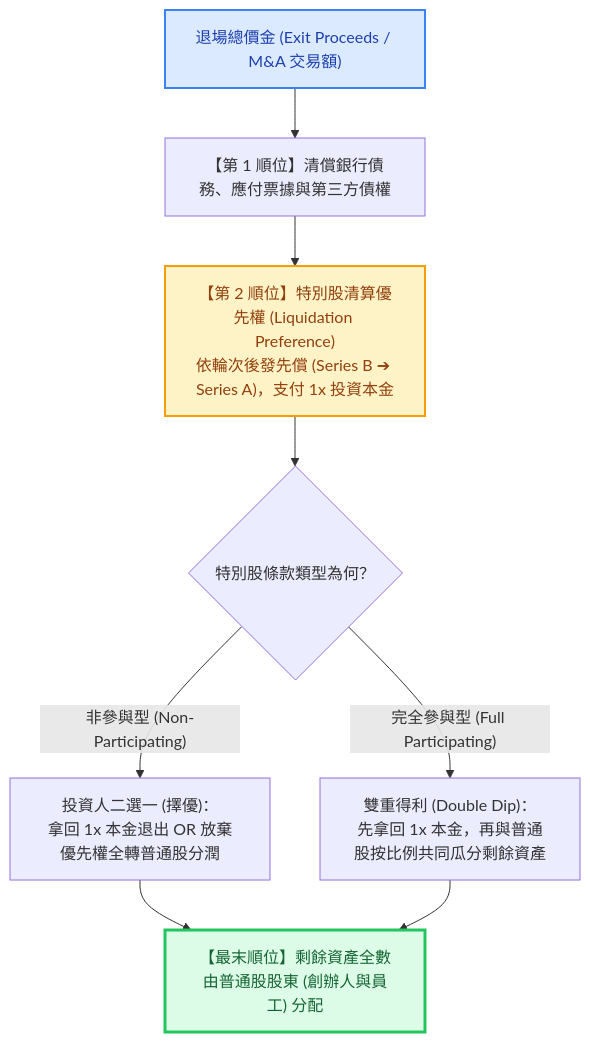
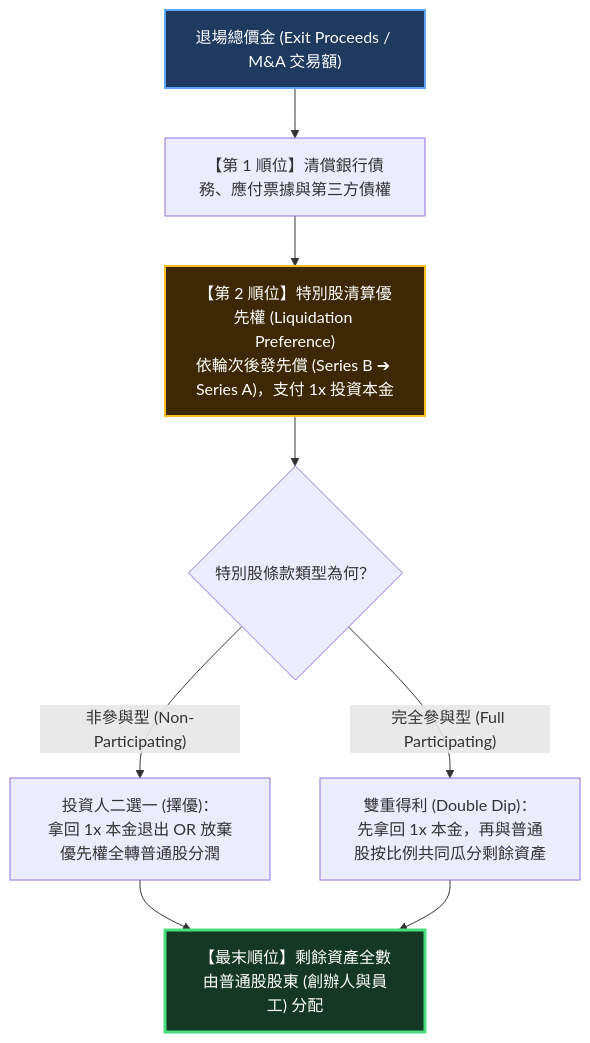
Before and after one commit to Jimlin0428/my-digital-garden: the second of 2 diagrams in src/site/notes/98_商業概念庫/cap-table_股權結構表 Cap Table.md, drawn with Mermaid. The commit also changed other lines of this file and 58 other files, not shown here.

````diff
--- a/src/site/notes/98_商業概念庫/cap-table_股權結構表 Cap Table.md
+++ b/src/site/notes/98_商業概念庫/cap-table_股權結構表 Cap Table.md
@@ -105,17 +105,17 @@
 ```mermaid
 flowchart TD
     Proceeds["退場總價金 (Exit Proceeds / M&A 交易額)"] --> DebtPay["【第 1 順位】清償銀行債務、應付票據與第三方債權"]
     DebtPay --> PrefPay["【第 2 順位】特別股清算優先權 (Liquidation Preference)<br>依輪次後發先償 (Series B ➔ Series A)，支付 1x 投資本金"]
     
     PrefPay --> Decision{"特別股條款類型為何？"}
     
     Decision -->|"非參與型 (Non-Participating)"| OptionA["投資人二選一 (擇優)：<br>拿回 1x 本金退出 OR 放棄優先權全轉普通股分潤"]
     Decision -->|"完全參與型 (Full Participating)"| OptionB["雙重得利 (Double Dip)：<br>先拿回 1x 本金，再與普通股按比例共同瓜分剩餘資產"]
     
     OptionA --> CommonPay["【最末順位】剩餘資產全數由普通股股東 (創辦人與員工) 分配"]
     OptionB --> CommonPay
 
-    style Proceeds fill:#dbeafe,stroke:#3b82f6,stroke-width:2px,color:#1e40af
-    style PrefPay fill:#fef3c7,stroke:#f59e0b,stroke-width:2px,color:#92400e
-    style CommonPay fill:#dcfce7,stroke:#22c55e,stroke-width:3px,color:#166534
+    style Proceeds fill:#1e3a5f,stroke:#60a5fa,stroke-width:2px,color:#ffffff
+    style PrefPay fill:#3d2806,stroke:#fbbf24,stroke-width:2px,color:#ffffff
+    style CommonPay fill:#143823,stroke:#4ade80,stroke-width:3px,color:#ffffff
 ```
````
